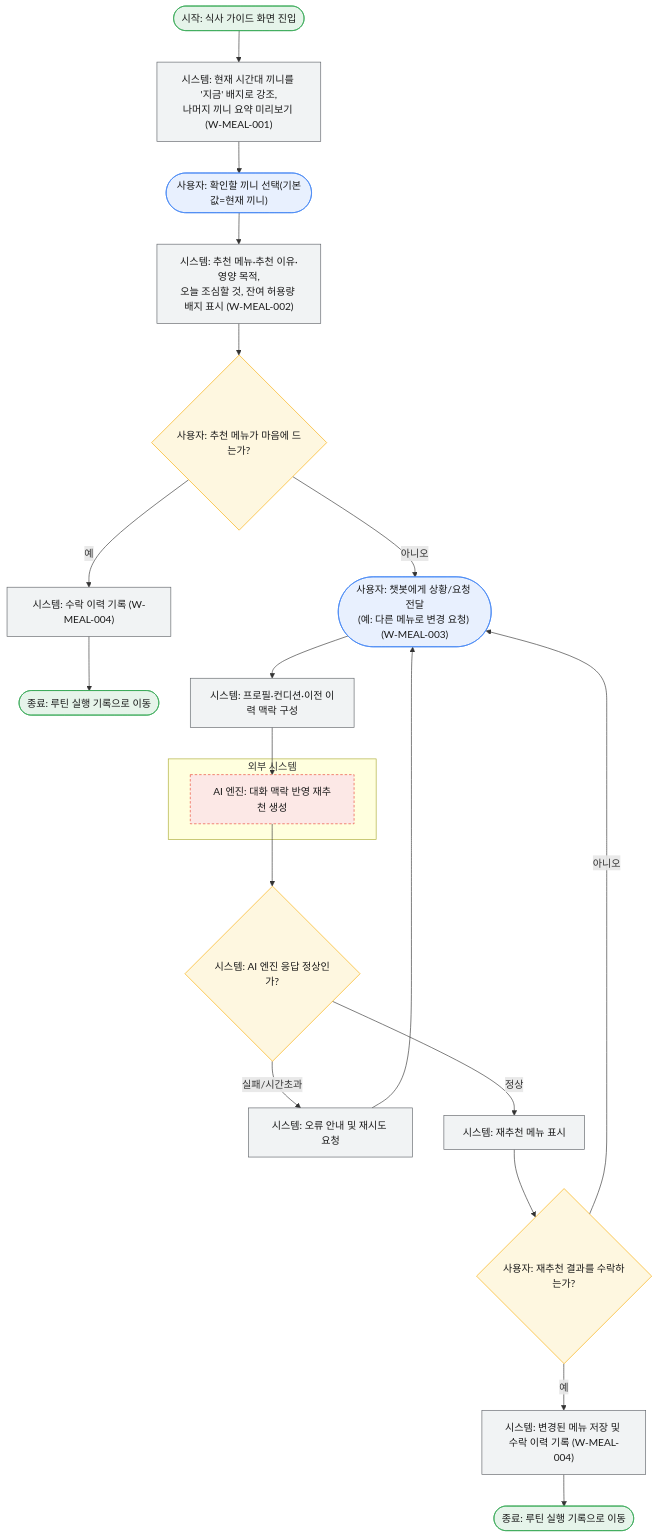
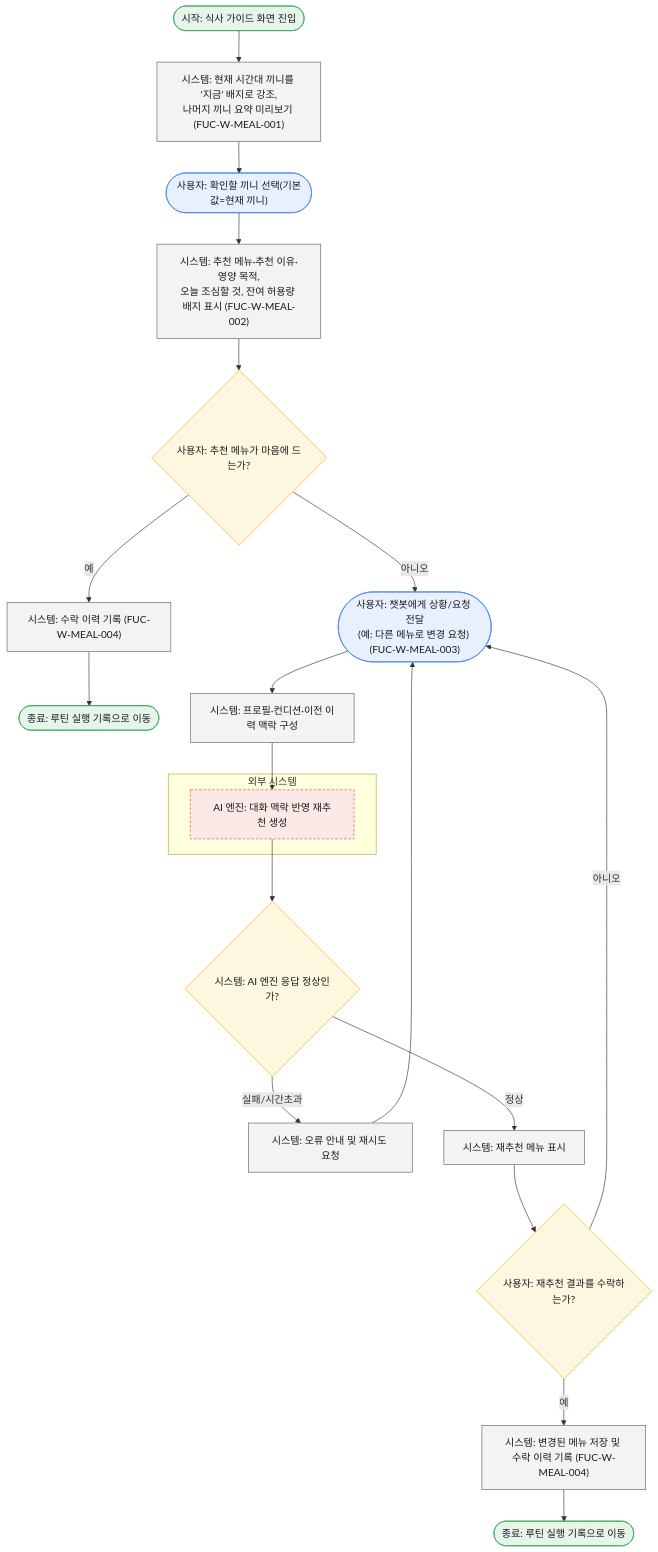
Before and after one commit to lgdxDORAEMI/PLM: the diagram in docs/서비스흐름도/03_식사가이드재조정.mmd, drawn with Mermaid. The commit also changed 11 other files, not shown here.

```diff
--- a/docs/서비스흐름도/03_식사가이드재조정.mmd
+++ b/docs/서비스흐름도/03_식사가이드재조정.mmd
@@ -1,30 +1,30 @@
 %% 서비스 흐름도: 식사 가이드 끼니 선택 → 메뉴 상세 확인 및 AI 챗봇 재조정
-%% 관련 기능: W-MEAL-001(끼니선택), W-MEAL-002(메뉴상세), W-MEAL-003(챗봇재추천), W-MEAL-004(이력기록), W-CHAT-001 / 관련 UC: UC4, UC11 (전제: UC3 루틴 생성 완료)
+%% 관련 기능: FUC-W-MEAL-001(끼니선택), FUC-W-MEAL-002(메뉴상세), FUC-W-MEAL-003(챗봇재추천), FUC-W-MEAL-004(이력기록), FUC-W-CHAT-001 / 관련 UC: UC4, UC11 (전제: UC3 루틴 생성 완료)
 flowchart TD
     classDef user fill:#E8F0FE,stroke:#4285F4,color:#1a1a1a;
     classDef system fill:#F1F3F4,stroke:#5f6368,color:#1a1a1a;
     classDef decision fill:#FEF7E0,stroke:#F9AB00,color:#1a1a1a;
     classDef terminal fill:#E6F4EA,stroke:#34A853,color:#1a1a1a;
     classDef external fill:#FCE8E6,stroke:#EA4335,color:#1a1a1a,stroke-dasharray: 4 3;
 
-    Start(["시작: 식사 가이드 화면 진입"]):::terminal --> S["시스템: 현재 시간대 끼니를 '지금' 배지로 강조,<br/>나머지 끼니 요약 미리보기 (W-MEAL-001)"]:::system
+    Start(["시작: 식사 가이드 화면 진입"]):::terminal --> S["시스템: 현재 시간대 끼니를 '지금' 배지로 강조,<br/>나머지 끼니 요약 미리보기 (FUC-W-MEAL-001)"]:::system
     S --> T(["사용자: 확인할 끼니 선택(기본값=현재 끼니)"]):::user
-    T --> A["시스템: 추천 메뉴·추천 이유·영양 목적,<br/>오늘 조심할 것, 잔여 허용량 배지 표시 (W-MEAL-002)"]:::system
+    T --> A["시스템: 추천 메뉴·추천 이유·영양 목적,<br/>오늘 조심할 것, 잔여 허용량 배지 표시 (FUC-W-MEAL-002)"]:::system
     A --> B{"사용자: 추천 메뉴가 마음에 드는가?"}:::decision
-    B -- 예 --> C["시스템: 수락 이력 기록 (W-MEAL-004)"]:::system --> End1(["종료: 루틴 실행 기록으로 이동"]):::terminal
+    B -- 예 --> C["시스템: 수락 이력 기록 (FUC-W-MEAL-004)"]:::system --> End1(["종료: 루틴 실행 기록으로 이동"]):::terminal
 
-    B -- 아니오 --> D(["사용자: 챗봇에게 상황/요청 전달<br/>(예: 다른 메뉴로 변경 요청) (W-MEAL-003)"]):::user
+    B -- 아니오 --> D(["사용자: 챗봇에게 상황/요청 전달<br/>(예: 다른 메뉴로 변경 요청) (FUC-W-MEAL-003)"]):::user
     D --> E["시스템: 프로필·컨디션·이전 이력 맥락 구성"]:::system
 
     subgraph EXT["외부 시스템"]
         F["AI 엔진: 대화 맥락 반영 재추천 생성"]:::external
     end
 
     E --> F
     F --> G{"시스템: AI 엔진 응답 정상인가?"}:::decision
     G -- 실패/시간초과 --> H["시스템: 오류 안내 및 재시도 요청"]:::system --> D
     G -- 정상 --> I["시스템: 재추천 메뉴 표시"]:::system
     I --> J{"사용자: 재추천 결과를 수락하는가?"}:::decision
     J -- 아니오 --> D
-    J -- 예 --> K["시스템: 변경된 메뉴 저장 및 수락 이력 기록 (W-MEAL-004)"]:::system
+    J -- 예 --> K["시스템: 변경된 메뉴 저장 및 수락 이력 기록 (FUC-W-MEAL-004)"]:::system
     K --> End2(["종료: 루틴 실행 기록으로 이동"]):::terminal
```
